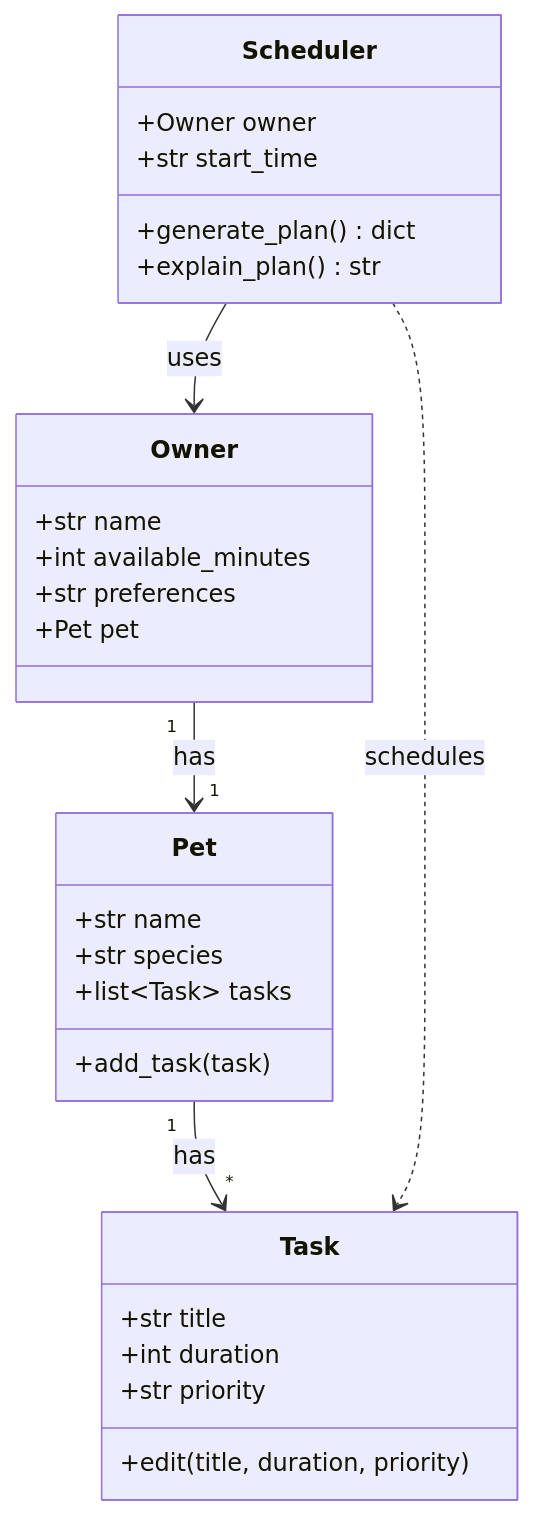
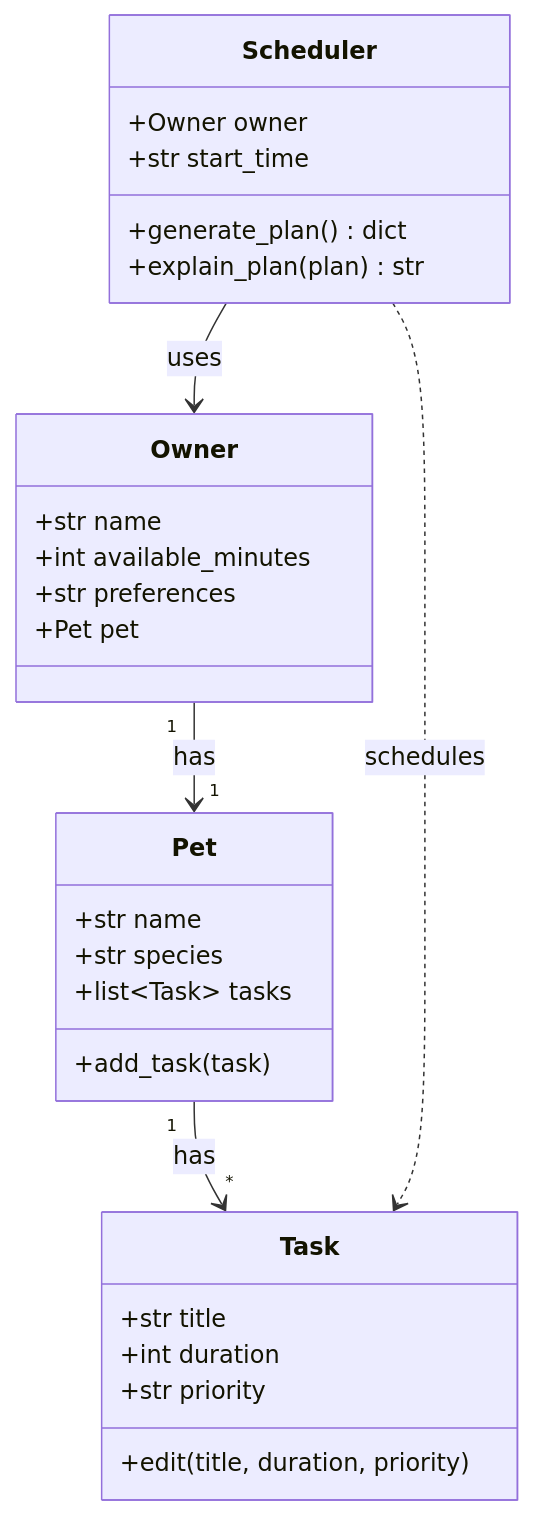
One commit to AnishBashyal/ai110-module2show-pawpal-starter changed the diagram in diagrams/uml.mmd. Above: the diagram before and after it, drawn with Mermaid. The commit also changed 2 other files, not shown here.

```diff
--- a/diagrams/uml.mmd
+++ b/diagrams/uml.mmd
@@ -1,33 +1,33 @@
 classDiagram
     class Owner {
         +str name
         +int available_minutes
         +str preferences
         +Pet pet
     }
 
     class Pet {
         +str name
         +str species
         +list~Task~ tasks
         +add_task(task)
     }
 
     class Task {
         +str title
         +int duration
         +str priority
         +edit(title, duration, priority)
     }
 
     class Scheduler {
         +Owner owner
         +str start_time
         +generate_plan() dict
-        +explain_plan() str
+        +explain_plan(plan) str
     }
 
     Owner "1" --> "1" Pet : has
     Pet "1" --> "*" Task : has
     Scheduler --> Owner : uses
     Scheduler ..> Task : schedules
```
